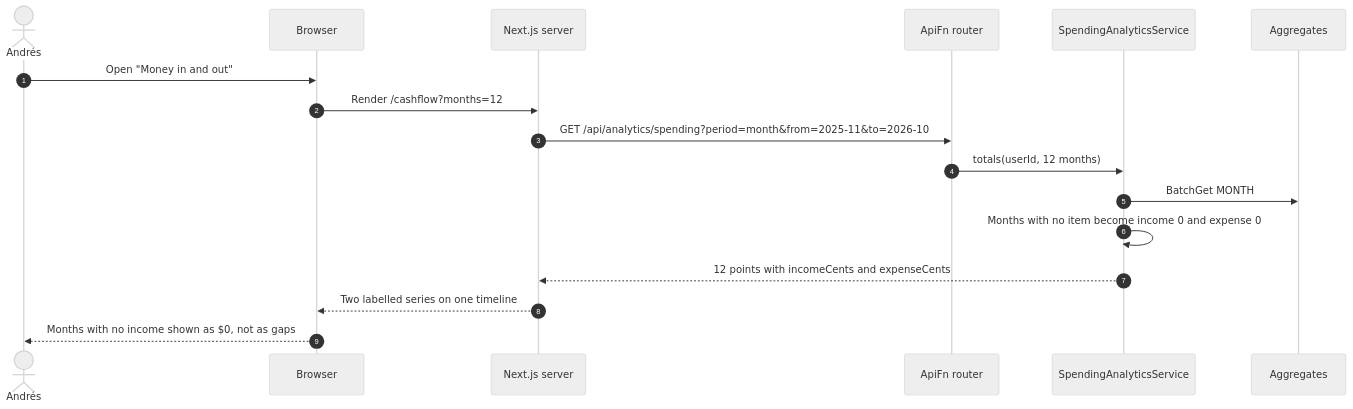
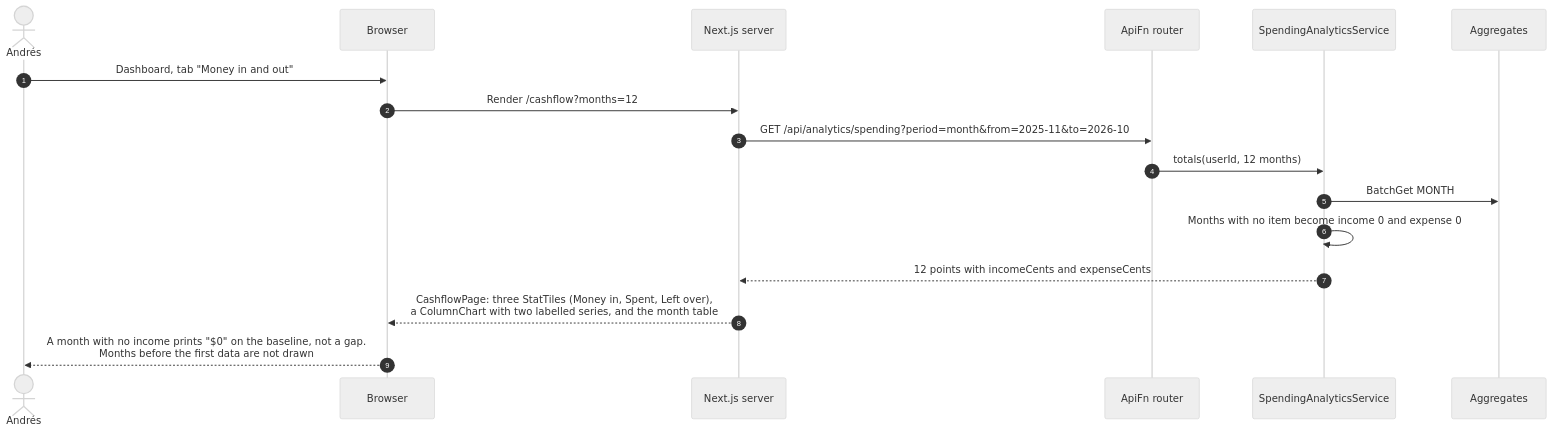
Before and after one commit to Ezequiel294/cs3365-finance-app: the fourth of 4 diagrams in docs/diagrams/sequences/04-dashboard-and-insights.md, drawn with Mermaid (neutral theme). The commit also changed other lines of this file and 18 other files, not shown here.

Commit message:
attempt 3 design/architecture changes

````diff
--- a/docs/diagrams/sequences/04-dashboard-and-insights.md
+++ b/docs/diagrams/sequences/04-dashboard-and-insights.md
@@ -82,20 +141,20 @@
 ```mermaid
 sequenceDiagram
     autonumber
     actor U as Andrés
     participant UI as Browser
     participant Web as Next.js server
     participant API as ApiFn router
     participant SA as SpendingAnalyticsService
     participant Agg as Aggregates
 
-    U->>UI: Open "Money in and out"
+    U->>UI: Dashboard, tab "Money in and out"
     UI->>Web: Render /cashflow?months=12
     Web->>API: GET /api/analytics/spending?period=month&from=2025-11&to=2026-10
     API->>SA: totals(userId, 12 months)
     SA->>Agg: BatchGet MONTH#yyyy-mm#TOTAL for 12 months
     SA->>SA: Months with no item become income 0 and expense 0
     SA-->>Web: 12 points with incomeCents and expenseCents
-    Web-->>UI: Two labelled series on one timeline
-    UI-->>U: Months with no income shown as $0, not as gaps
+    Web-->>UI: CashflowPage: three StatTiles (Money in, Spent, Left over),<br/>a ColumnChart with two labelled series, and the month table
+    UI-->>U: A month with no income prints "$0" on the baseline, not a gap.<br/>Months before the first data are not drawn
 ```
````
